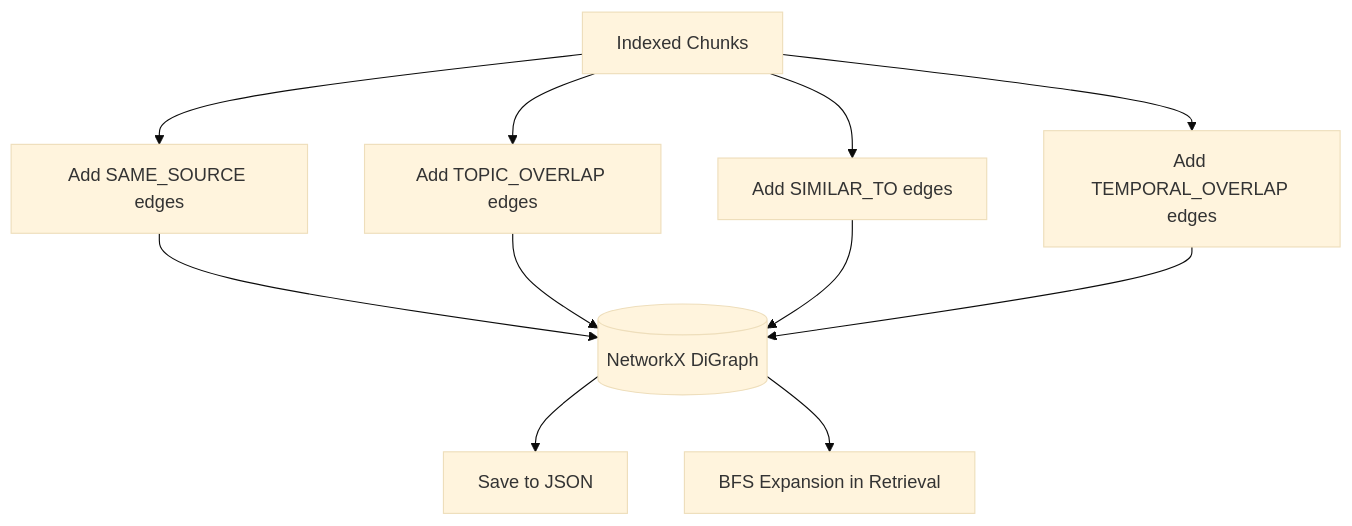
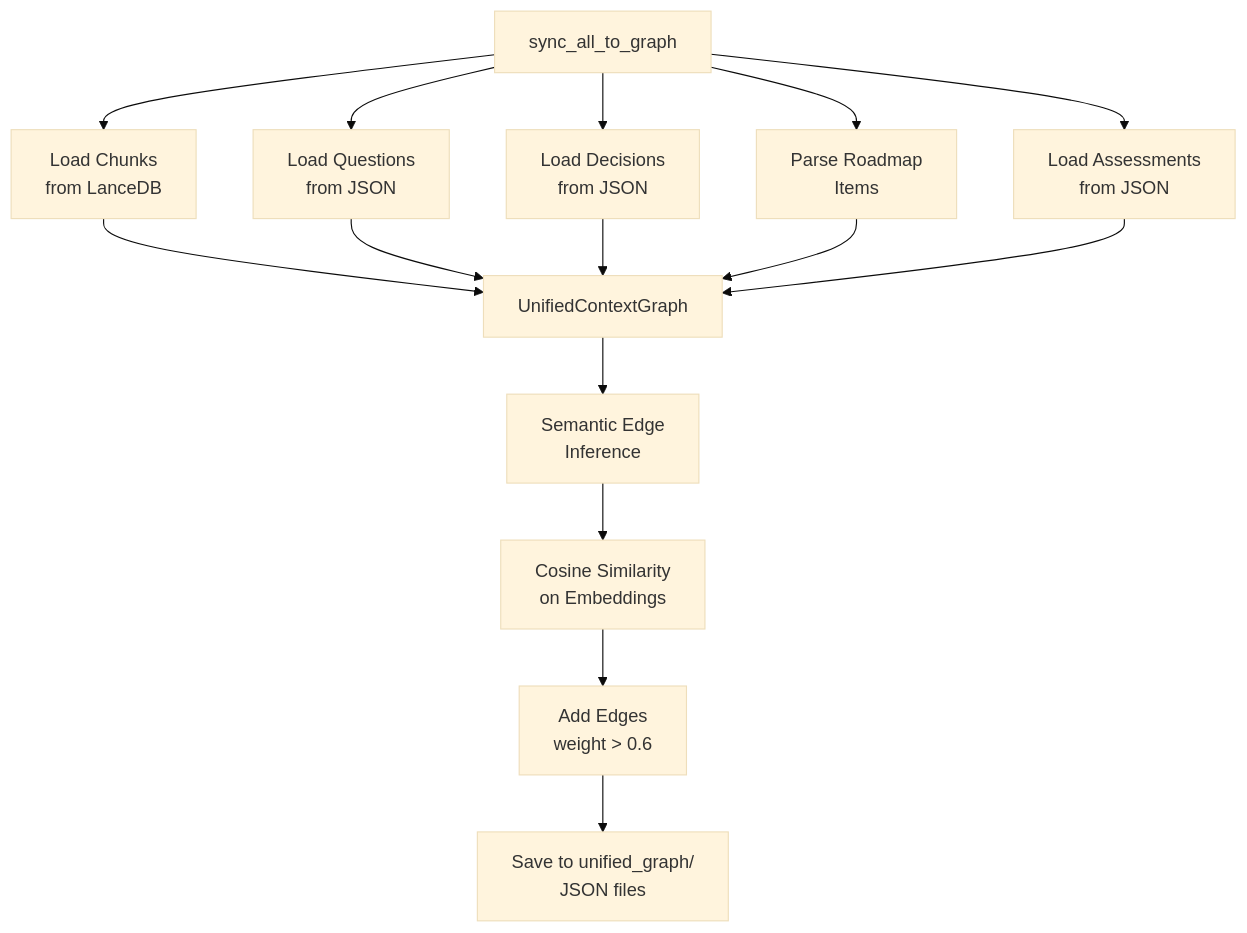
One commit to HumanFirstAi/roadmap-synth changed the third of 11 diagrams in ARCHITECTURE_REVIEW.md. Above: the diagram before and after it, drawn with Mermaid (base theme). The commit also changed other lines of this file and 11 other files, not shown here.

First line of the commit message:
Add expanded test suite and update architecture documentation

````diff
--- a/ARCHITECTURE_REVIEW.md
+++ b/ARCHITECTURE_REVIEW.md
@@ -277,15 +236,20 @@
 ```mermaid
 flowchart TB
-    Chunks[Indexed Chunks] --> Source[Add SAME_SOURCE edges]
-    Chunks --> Topics[Add TOPIC_OVERLAP edges]
-    Chunks --> Sim[Add SIMILAR_TO edges]
-    Chunks --> Time[Add TEMPORAL_OVERLAP edges]
+    SYNC[sync_all_to_graph] --> CHUNKS[Load Chunks<br/>from LanceDB]
+    SYNC --> QUESTIONS[Load Questions<br/>from JSON]
+    SYNC --> DECISIONS[Load Decisions<br/>from JSON]
+    SYNC --> ROADMAP[Parse Roadmap<br/>Items]
+    SYNC --> ASSESS[Load Assessments<br/>from JSON]
 
-    Source --> Graph[(NetworkX DiGraph)]
-    Topics --> Graph
-    Sim --> Graph
-    Time --> Graph
+    CHUNKS --> GRAPH[UnifiedContextGraph]
+    QUESTIONS --> GRAPH
+    DECISIONS --> GRAPH
+    ROADMAP --> GRAPH
+    ASSESS --> GRAPH
 
-    Graph --> Save[Save to JSON]
-    Graph --> BFS[BFS Expansion in Retrieval]
+    GRAPH --> SEMANTIC[Semantic Edge<br/>Inference]
+    SEMANTIC --> EMBED[Cosine Similarity<br/>on Embeddings]
+    EMBED --> EDGES[Add Edges<br/>weight > 0.6]
+
+    EDGES --> SAVE[Save to unified_graph/<br/>JSON files]
 ```
````
